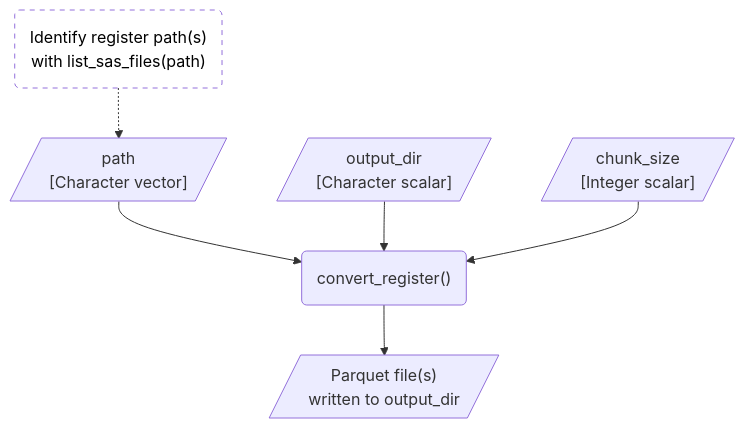
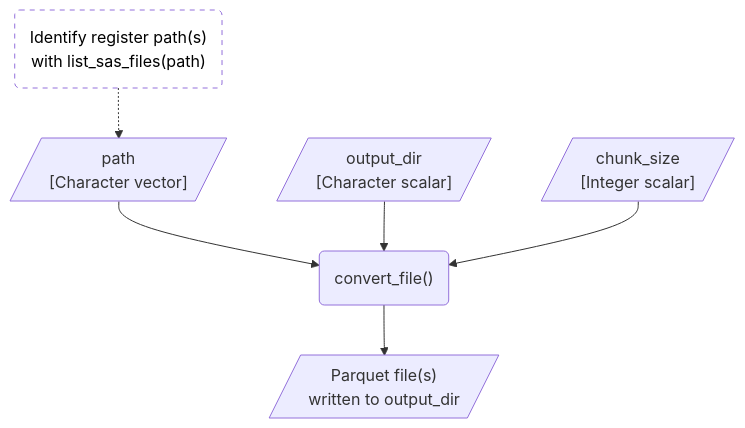
Before and after one commit to dp-next/registers2parquet: the first of 3 diagrams in vignettes/design.qmd, drawn with Mermaid. The commit also changed other lines of this file and 8 other files, not shown here.

First line of the commit message:
refactor: 🔥 remove `convert_register()` (#275)

````diff
--- a/vignettes/design.qmd
+++ b/vignettes/design.qmd
@@ -56,20 +56,20 @@
 ```{mermaid}
 %%| label: fig-flow
-%%| fig-cap: "Expected workflow for converting SAS files from a single register using `convert_register()`."
+%%| fig-cap: "Expected workflow for converting one SAS file using `convert_file()`."
 %%| fig-alt: "A flowchart showing the expected flow of converting register SAS files to Parquet files."
 flowchart TD
     identify_paths("Identify register path(s)<br>with list_sas_files(path)")
     path[/"path<br>[Character vector]"/]
     output_dir[/"output_dir<br>[Character scalar]"/]
     chunk_size[/"chunk_size<br>[Integer scalar]"/]
-    convert_register("convert_register()")
+    convert_file("convert_file()")
     output[/"Parquet file(s)<br>written to output_dir"/]
 
     %% Edges
-    identify_paths -.-> path --> convert_register
-    output_dir & chunk_size --> convert_register
-    convert_register --> output
+    identify_paths -.-> path --> convert_file
+    output_dir & chunk_size --> convert_file
+    convert_file --> output
 
     %% Style
     style identify_paths fill:#FFFFFF, color:#000000, stroke-dasharray: 5 5
 ```
````
